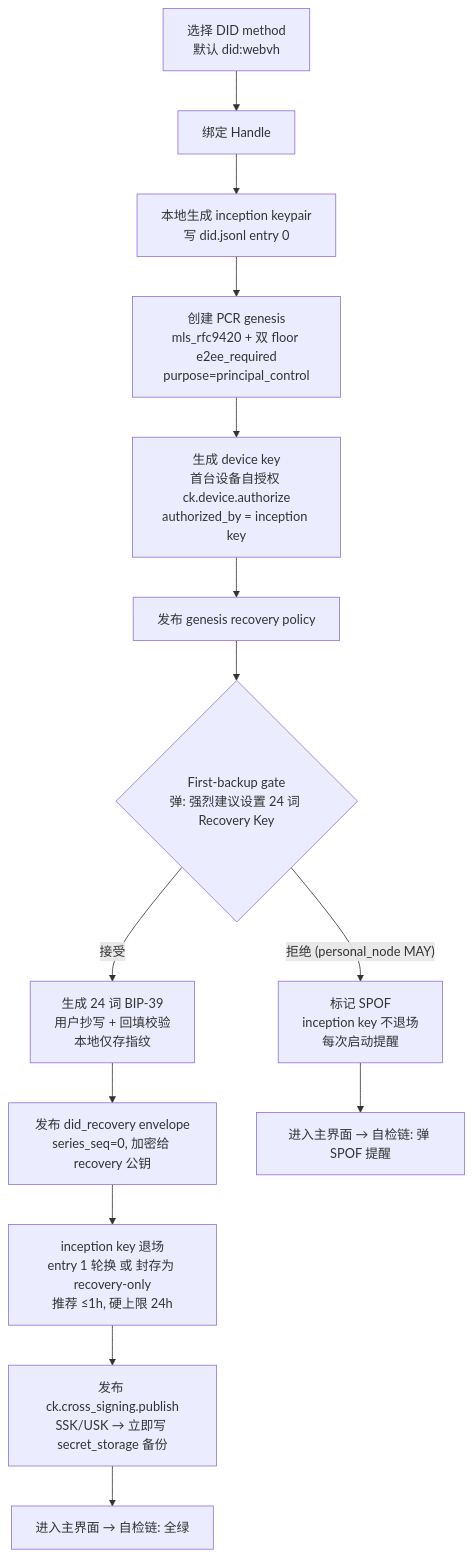
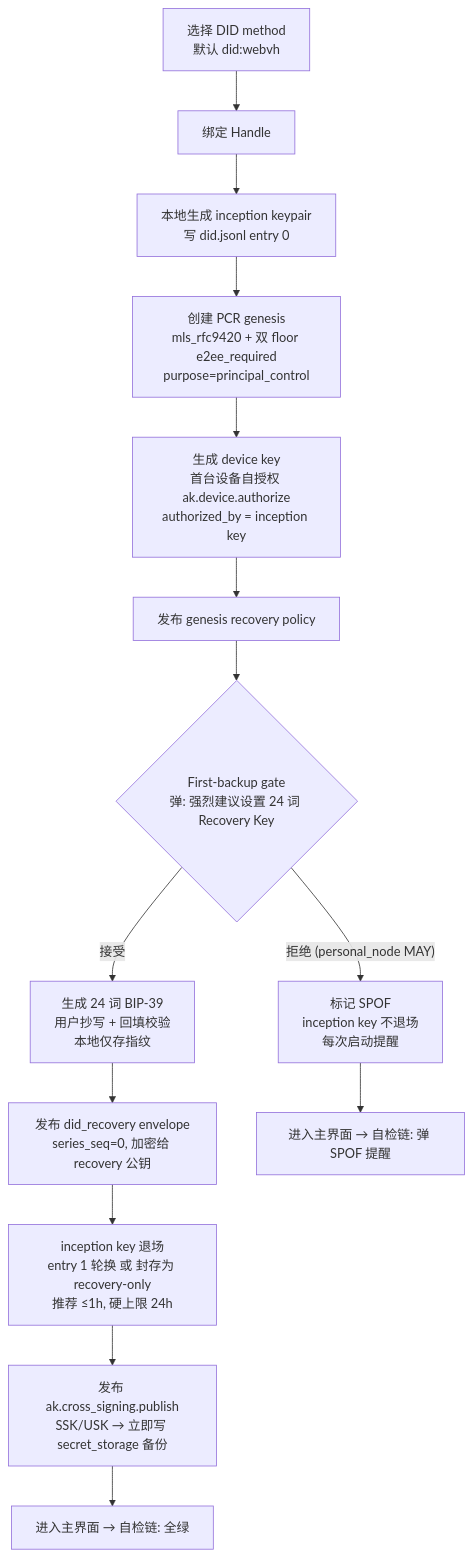
One commit to arkret-org/inkson changed the second of 5 diagrams in docs/user-strands-key-lifecycle.md. Above: the diagram before and after it, drawn with Mermaid. The commit also changed other lines of this file and 89 other files, not shown here.

````diff
--- a/docs/user-strands-key-lifecycle.md
+++ b/docs/user-strands-key-lifecycle.md
@@ -98,16 +98,16 @@
 ```mermaid
 flowchart TD
     A["选择 DID method<br/>默认 did:webvh"] --> B["绑定 Handle"]
     B --> C["本地生成 inception keypair<br/>写 did.jsonl entry 0"]
     C --> D["创建 PCR genesis<br/>mls_rfc9420 + 双 floor e2ee_required<br/>purpose=principal_control"]
-    D --> E["生成 device key<br/>首台设备自授权 ck.device.authorize<br/>authorized_by = inception key"]
+    D --> E["生成 device key<br/>首台设备自授权 ak.device.authorize<br/>authorized_by = inception key"]
     E --> F["发布 genesis recovery policy"]
     F --> G{"First-backup gate<br/>弹: 强烈建议设置 24 词 Recovery Key"}
     G -- 接受 --> H["生成 24 词 BIP-39<br/>用户抄写 + 回填校验<br/>本地仅存指纹"]
     H --> I["发布 did_recovery envelope<br/>series_seq=0, 加密给 recovery 公钥"]
     I --> J["inception key 退场<br/>entry 1 轮换 或 封存为 recovery-only<br/>推荐 ≤1h, 硬上限 24h"]
     G -- "拒绝 (personal_node MAY)" --> K["标记 SPOF<br/>inception key 不退场<br/>每次启动提醒"]
-    J --> L["发布 ck.cross_signing.publish<br/>SSK/USK → 立即写 secret_storage 备份"]
+    J --> L["发布 ak.cross_signing.publish<br/>SSK/USK → 立即写 secret_storage 备份"]
     K --> M["进入主界面 → 自检链: 弹 SPOF 提醒"]
     L --> N["进入主界面 → 自检链: 全绿"]
 ```
````
